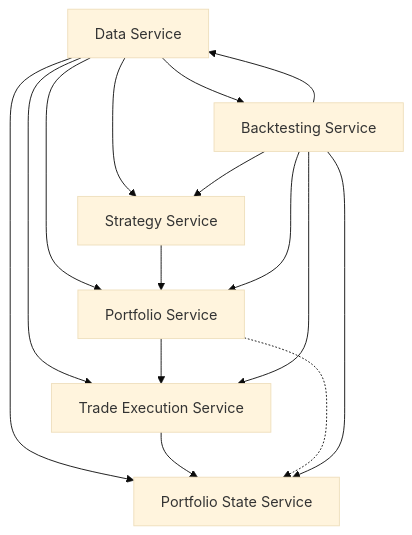
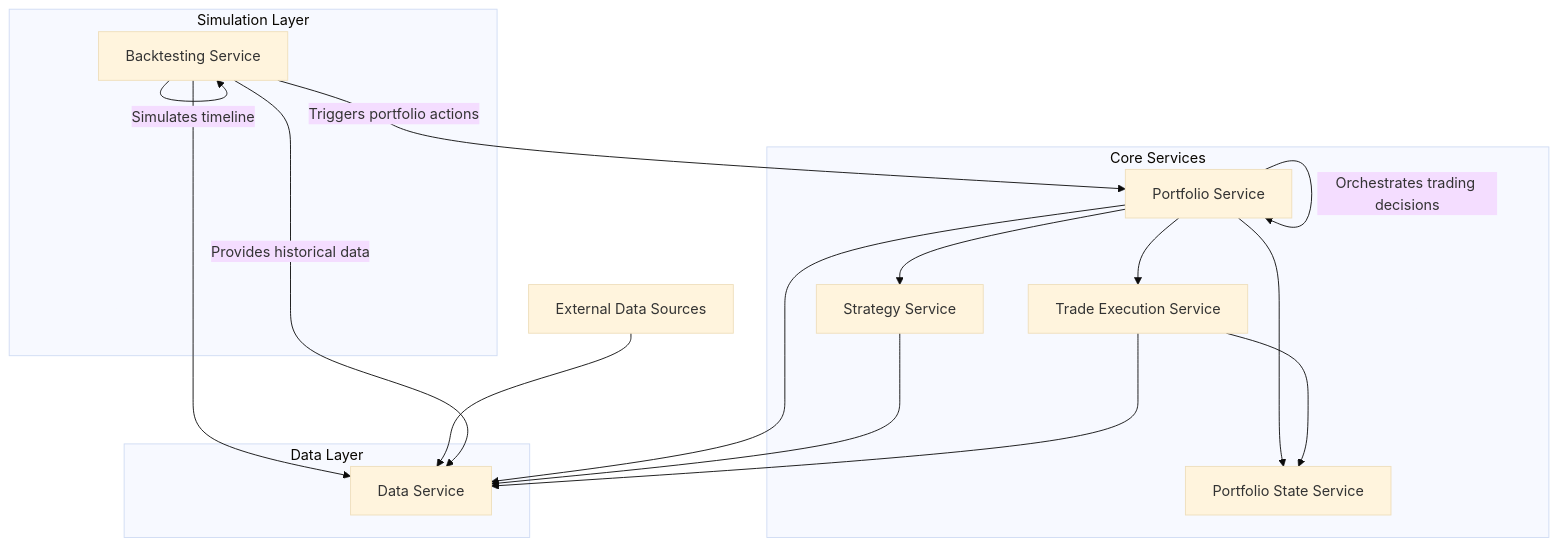
Before and after one commit to denim-bluu/py_momentum: the diagram in README.md, drawn with Mermaid (base theme). The commit also changed other lines of this file and 11 other files, not shown here.

````diff
--- a/README.md
+++ b/README.md
@@ -53,17 +63,35 @@
 ```mermaid
 graph TD
-    A[Data Service] --> B[Strategy Service]
-    A --> C[Portfolio Service]
-    A --> D[Trade Execution Service]
-    A --> E[Portfolio State Service]
-    A --> F[Backtesting Service]
-    B --> C
+    G[Backtesting Service] -->|Triggers portfolio actions| A
+    G --> E
+
+    A[Portfolio Service] --> B[Strategy Service]
+    A --> C[Trade Execution Service]
+    A --> D[Portfolio State Service]
+    A --> E[Data Service]
+
+    B --> E
     C --> D
-    D --> E
-    C -.-> E
-    F --> A
-    F --> B
-    F --> C
-    F --> D
-    F --> E
+    C --> E
+
+    subgraph "Core Services"
+        A
+        B
+        C
+        D
+    end
+
+    subgraph "Data Layer"
+        E
+    end
+
+    subgraph "Simulation Layer"
+        G
+    end
+
+    F[External Data Sources] --> E
+
+    G -->|Simulates timeline| G
+    G -->|Provides historical data| E
+    A -->|Orchestrates trading decisions| A
 ```
````
